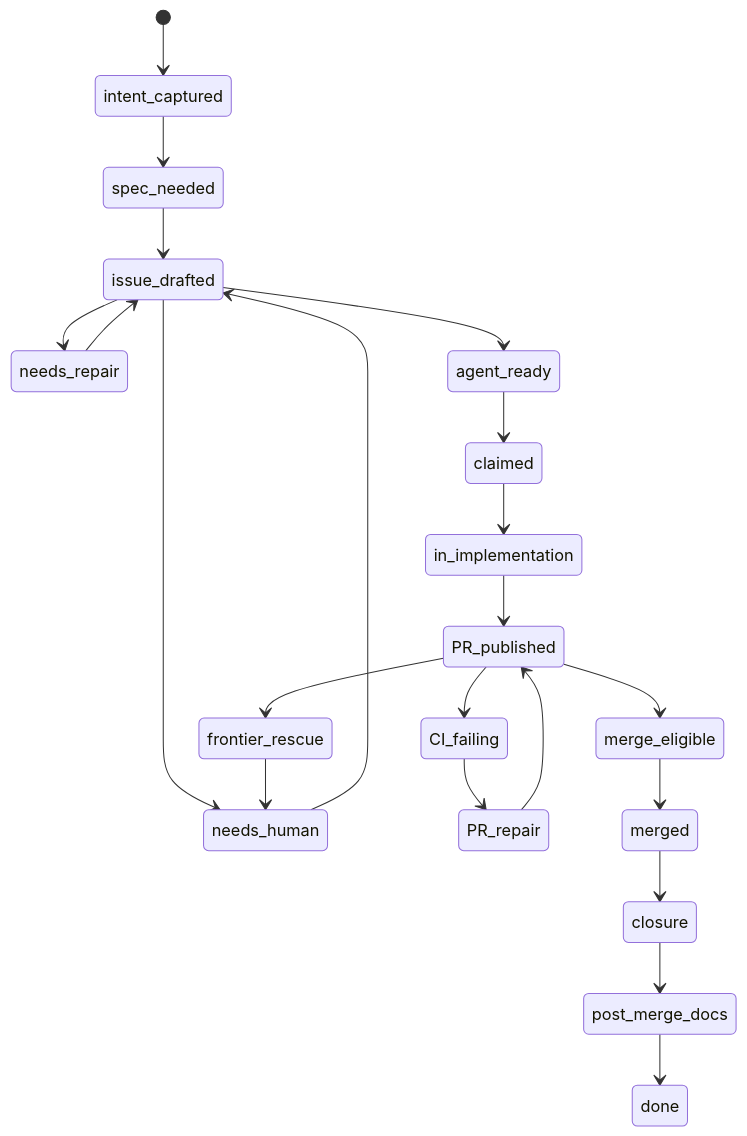
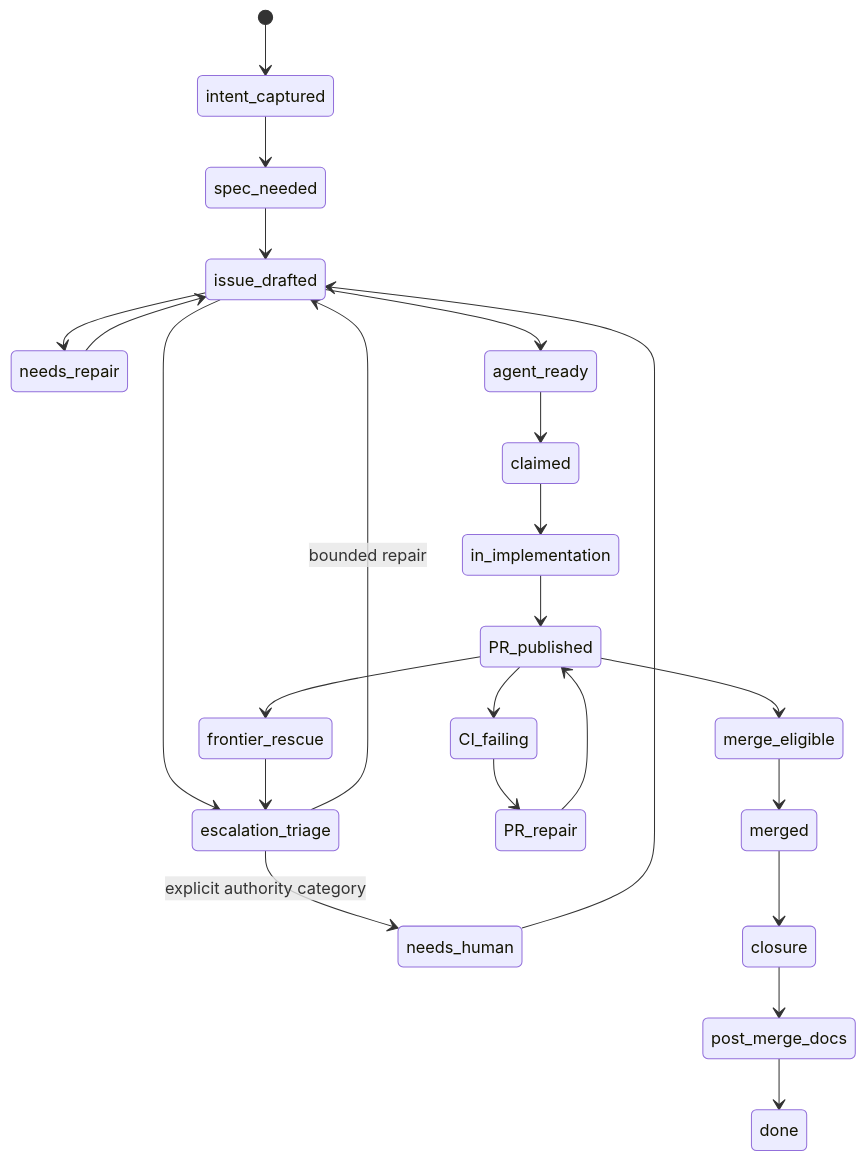
One commit to RasmusTho/agentic-pkm-mvp changed diagram 18 of 23 in docs/development/BUILDER_SYSTEM_PROCESS_MAP.md. Above: the diagram before and after it, drawn with Mermaid. The commit also changed other lines of this file and 2 other files, not shown here.

Commit message:
Classify technical review stops before escalation

````diff
--- a/docs/development/BUILDER_SYSTEM_PROCESS_MAP.md
+++ b/docs/development/BUILDER_SYSTEM_PROCESS_MAP.md
@@ -727,24 +729,26 @@
 ```mermaid
 stateDiagram-v2
   [*] --> intent_captured
   intent_captured --> spec_needed
   spec_needed --> issue_drafted
   issue_drafted --> needs_repair
   needs_repair --> issue_drafted
-  issue_drafted --> needs_human
+  issue_drafted --> escalation_triage
+  escalation_triage --> needs_human: explicit authority category
+  escalation_triage --> issue_drafted: bounded repair
   needs_human --> issue_drafted
   issue_drafted --> agent_ready
   agent_ready --> claimed
   claimed --> in_implementation
   in_implementation --> PR_published
   PR_published --> CI_failing
   CI_failing --> PR_repair
   PR_repair --> PR_published
   PR_published --> frontier_rescue
-  frontier_rescue --> needs_human
+  frontier_rescue --> escalation_triage
   PR_published --> merge_eligible
   merge_eligible --> merged
   merged --> closure
   closure --> post_merge_docs
   post_merge_docs --> done
 ```
````
